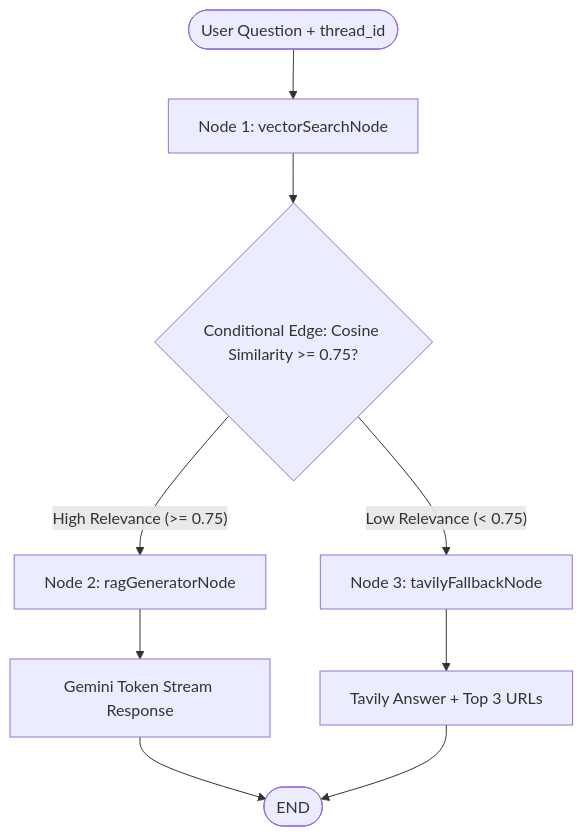
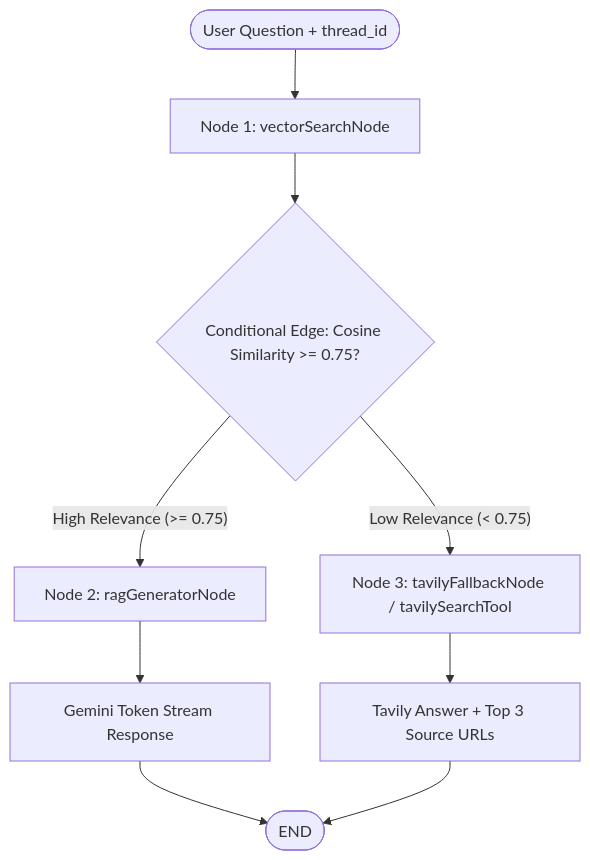
One commit to extrawest/chat-with-youtube-videos-ts changed the first of 2 diagrams in README.md. Above: the diagram before and after it, drawn with Mermaid. The commit also changed other lines of this file and 4 other files, not shown here.

Commit message:
docs: update README architecture diagrams, add .env.example and dependency updates

````diff
--- a/README.md
+++ b/README.md
@@ -34,14 +32,14 @@
 ```mermaid
 flowchart TD
     Start([User Question + thread_id]) --> VectorSearch[Node 1: vectorSearchNode]
     VectorSearch --> RelevanceCheck{Conditional Edge: Cosine Similarity >= 0.75?}
-    
+
     RelevanceCheck -- "High Relevance (>= 0.75)" --> RAGGenerator[Node 2: ragGeneratorNode]
-    RelevanceCheck -- "Low Relevance (< 0.75)" --> TavilyFallback[Node 3: tavilyFallbackNode]
-    
+    RelevanceCheck -- "Low Relevance (< 0.75)" --> TavilyFallback[Node 3: tavilyFallbackNode / tavilySearchTool]
+
     RAGGenerator --> LLMStream[Gemini Token Stream Response]
-    TavilyFallback --> TavilyStream[Tavily Answer + Top 3 URLs]
-    
+    TavilyFallback --> TavilyStream[Tavily Answer + Top 3 Source URLs]
+
     LLMStream --> End([END])
     TavilyStream --> End
 ```
````
